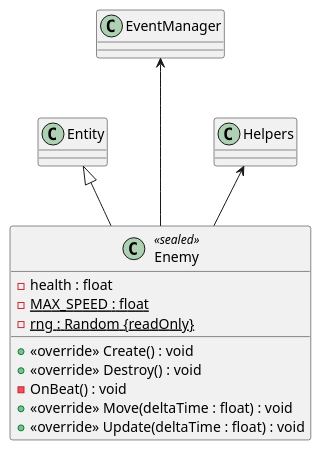
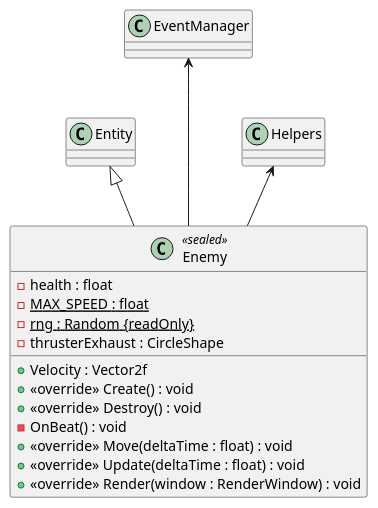
The diagram in plantuml/Enemy.puml (Ruby1405/PaceInvaders), drawn with PlantUML before and after one commit. The commit also changed 17 other files, not shown here.

Commit message:
touchups and class diagram

```diff
--- a/plantuml/Enemy.puml
+++ b/plantuml/Enemy.puml
@@ -1,15 +1,18 @@
 @startuml
 class Enemy <<sealed>> {
     - health : float
     - {static} MAX_SPEED : float
     - {static} rng : Random {readOnly}
+    - thrusterExhaust : CircleShape
+    + {method} Velocity : Vector2f
     + <<override>> Create() : void
     + <<override>> Destroy() : void
     - OnBeat() : void
     + <<override>> Move(deltaTime : float) : void
     + <<override>> Update(deltaTime : float) : void
+    + <<override>> Render(window : RenderWindow) : void
 }
 Entity <|-- Enemy
 EventManager <--- Enemy
 Helpers <-- Enemy
 @enduml
```
